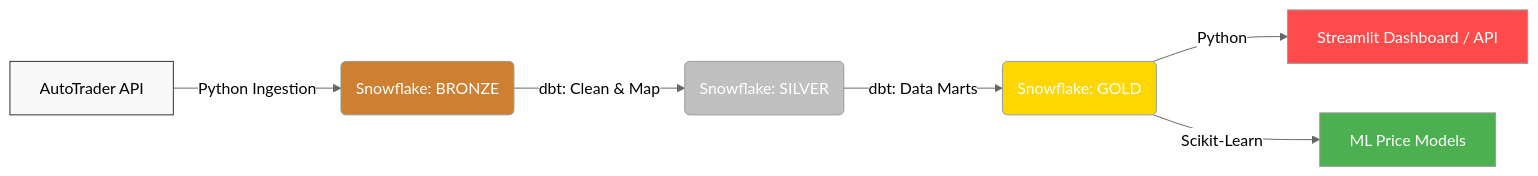
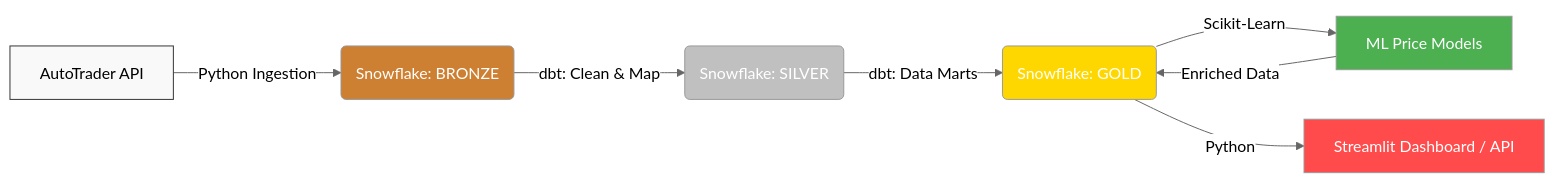
The diagram in README.md (S4LL77/london-ulez-car-analysis), drawn with Mermaid (neutral theme) before and after one commit.

Commit message:
docs: improve flowchart to show ML data enrichment flow

````diff
--- a/README.md
+++ b/README.md
@@ -21,15 +21,16 @@
 ```mermaid
 flowchart LR
     A[AutoTrader API] -->|Python Ingestion| B(Snowflake: BRONZE)
     B -->|dbt: Clean & Map| C(Snowflake: SILVER)
     C -->|dbt: Data Marts| D(Snowflake: GOLD)
+    D -->|Scikit-Learn| F[ML Price Models]
+    F -->|Enriched Data| D
     D -->|Python| E[Streamlit Dashboard / API]
-    D -->|Scikit-Learn| F[ML Price Models]
     
     style A fill:#f9f9f9,stroke:#333
     style B fill:#CD7F32,color:#fff
     style C fill:#C0C0C0,color:#fff
     style D fill:#FFD700,color:#fff
     style E fill:#ff4b4b,color:#fff
     style F fill:#4CAF50,color:#fff
 ```
````
